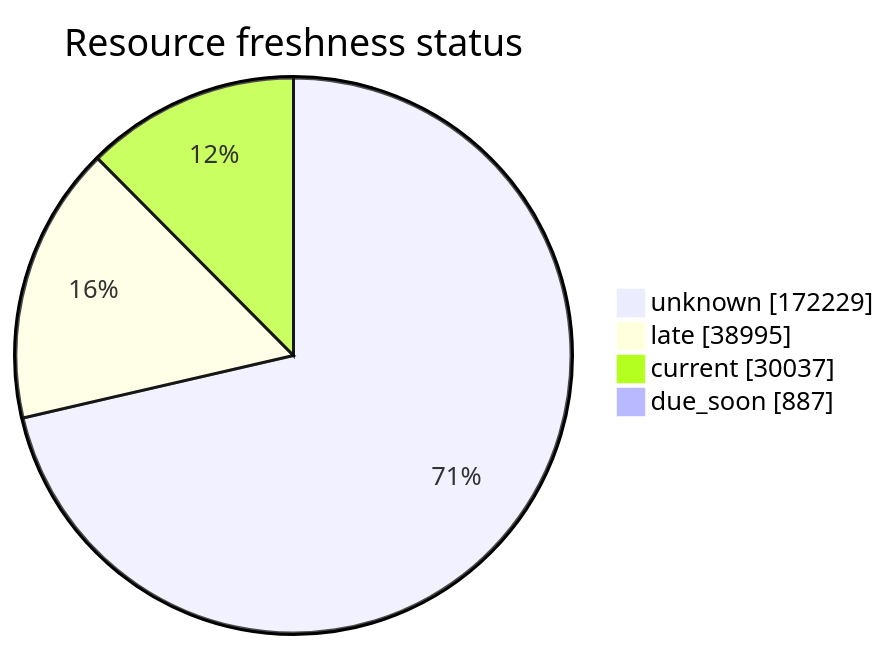
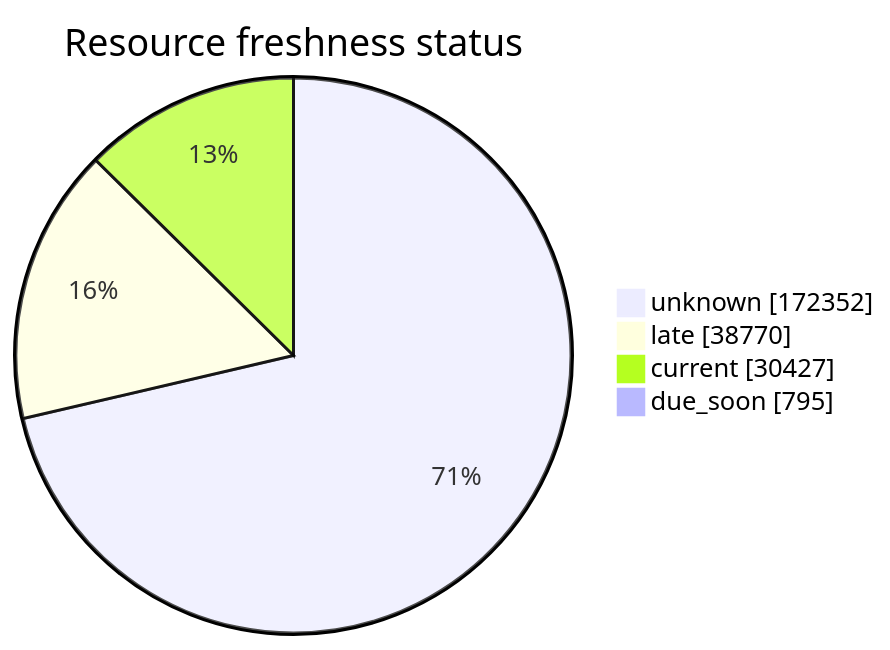
One commit to open-data/analytics-corporate-reporting changed the third of 5 diagrams in FreshCheck/README.md. Above: the diagram before and after it, drawn with Mermaid. The commit also changed other lines of this file and 3 other files, not shown here.

````diff
--- a/FreshCheck/README.md
+++ b/FreshCheck/README.md
@@ -77,7 +77,7 @@
 ```mermaid
 pie showData title Resource freshness status
-    "unknown": 172229
-    "late": 38995
-    "current": 30037
-    "due_soon": 887
+    "unknown": 172352
+    "late": 38770
+    "current": 30427
+    "due_soon": 795
 ```
````
